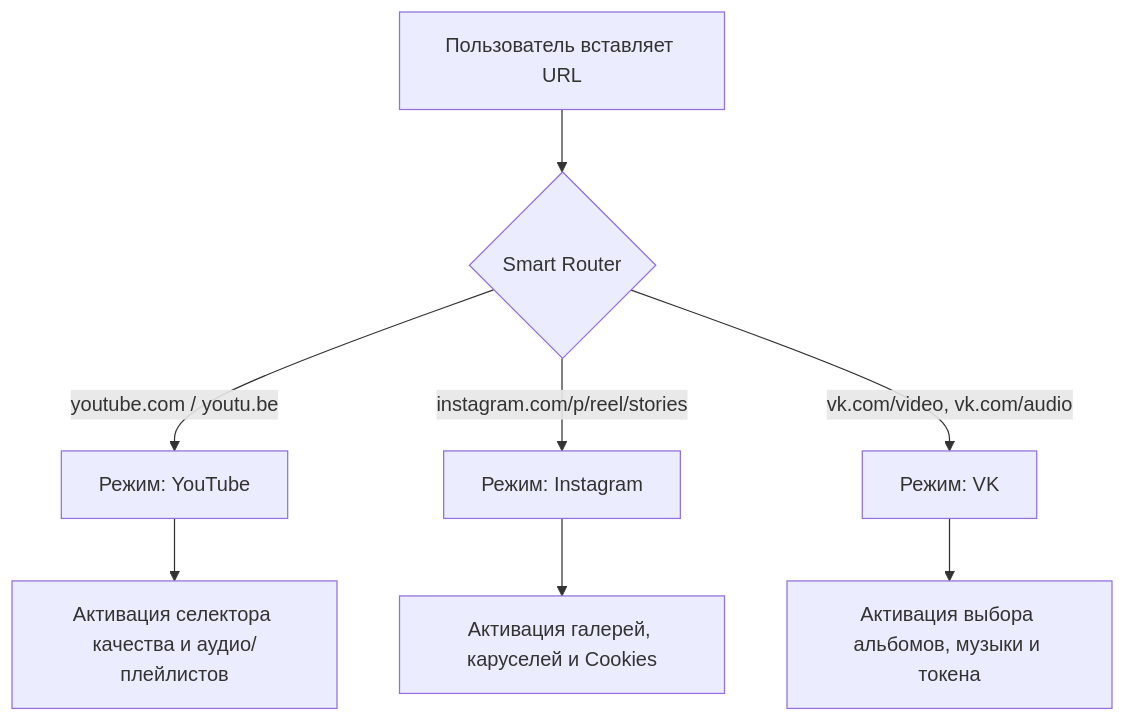
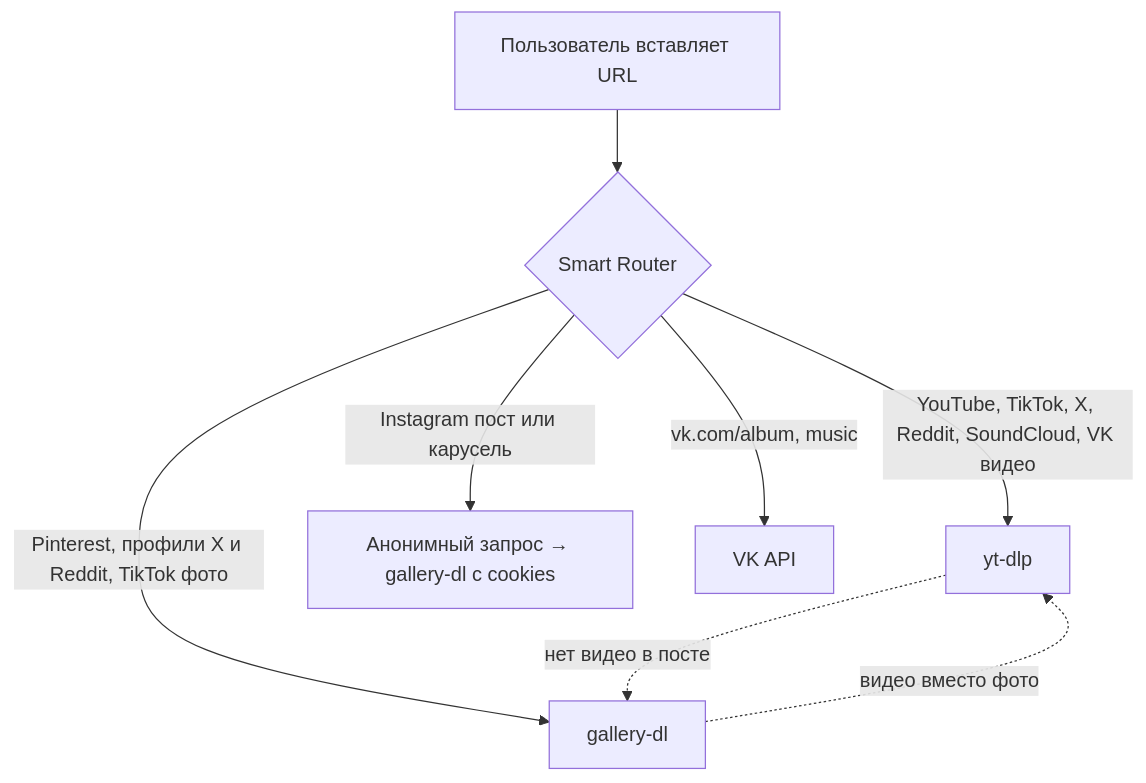
The diagram in README.md (Voidhmslf/MediaHarvester), drawn with Mermaid before and after one commit. The commit also changed other lines of this file and 7 other files, not shown here.

````diff
--- a/README.md
+++ b/README.md
@@ -72,10 +84,10 @@
 ```mermaid
 graph TD
     A[Пользователь вставляет URL] --> B{Smart Router}
-    B -->|youtube.com / youtu.be| C[Режим: YouTube]
-    B -->|instagram.com/p/reel/stories| D[Режим: Instagram]
-    B -->|vk.com/video, vk.com/audio| E[Режим: VK]
-    C --> F[Активация селектора качества и аудио/плейлистов]
-    D --> G[Активация галерей, каруселей и Cookies]
-    E --> H[Активация выбора альбомов, музыки и токена]
+    B -->|YouTube, TikTok, X, Reddit, SoundCloud, VK видео| C[yt-dlp]
+    B -->|Pinterest, профили X и Reddit, TikTok фото| D[gallery-dl]
+    B -->|Instagram пост или карусель| E[Анонимный запрос → gallery-dl с cookies]
+    B -->|vk.com/album, music| F[VK API]
+    C -.нет видео в посте.-> D
+    D -.видео вместо фото.-> C
 ```
````
